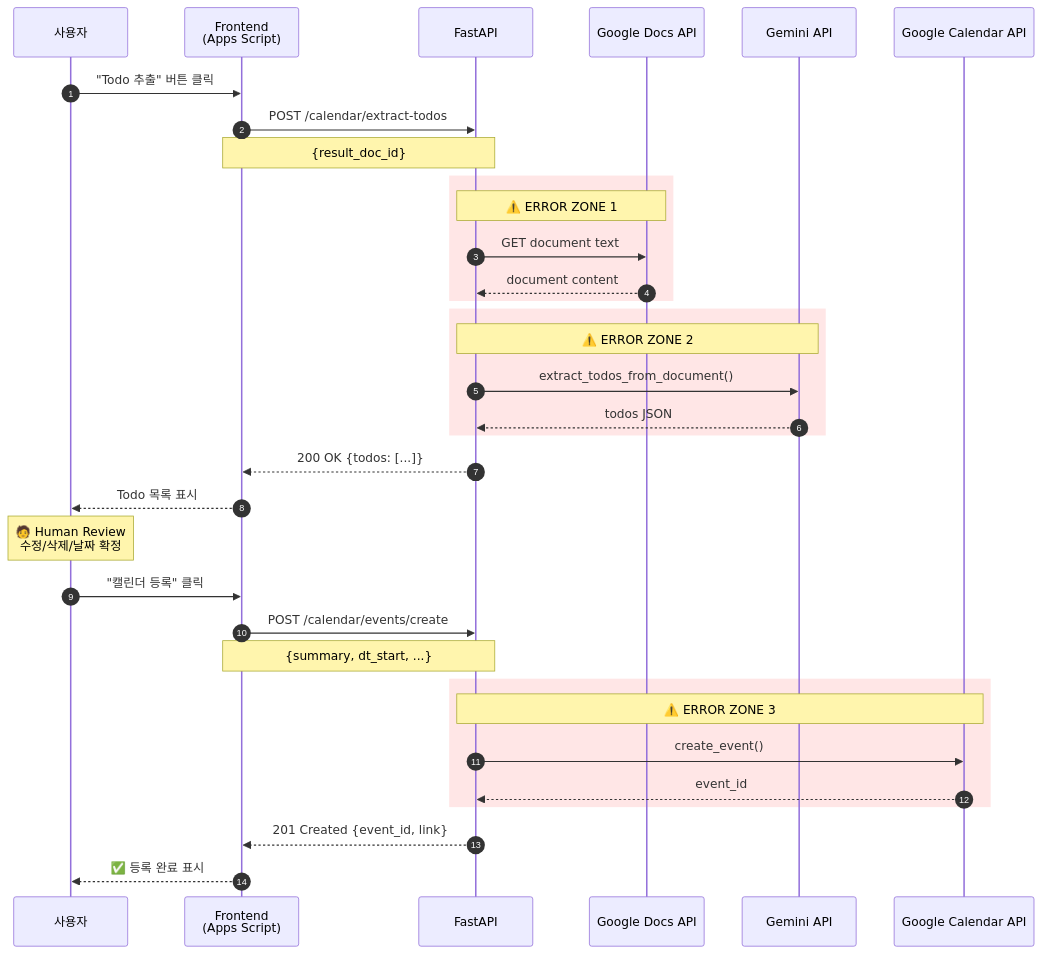
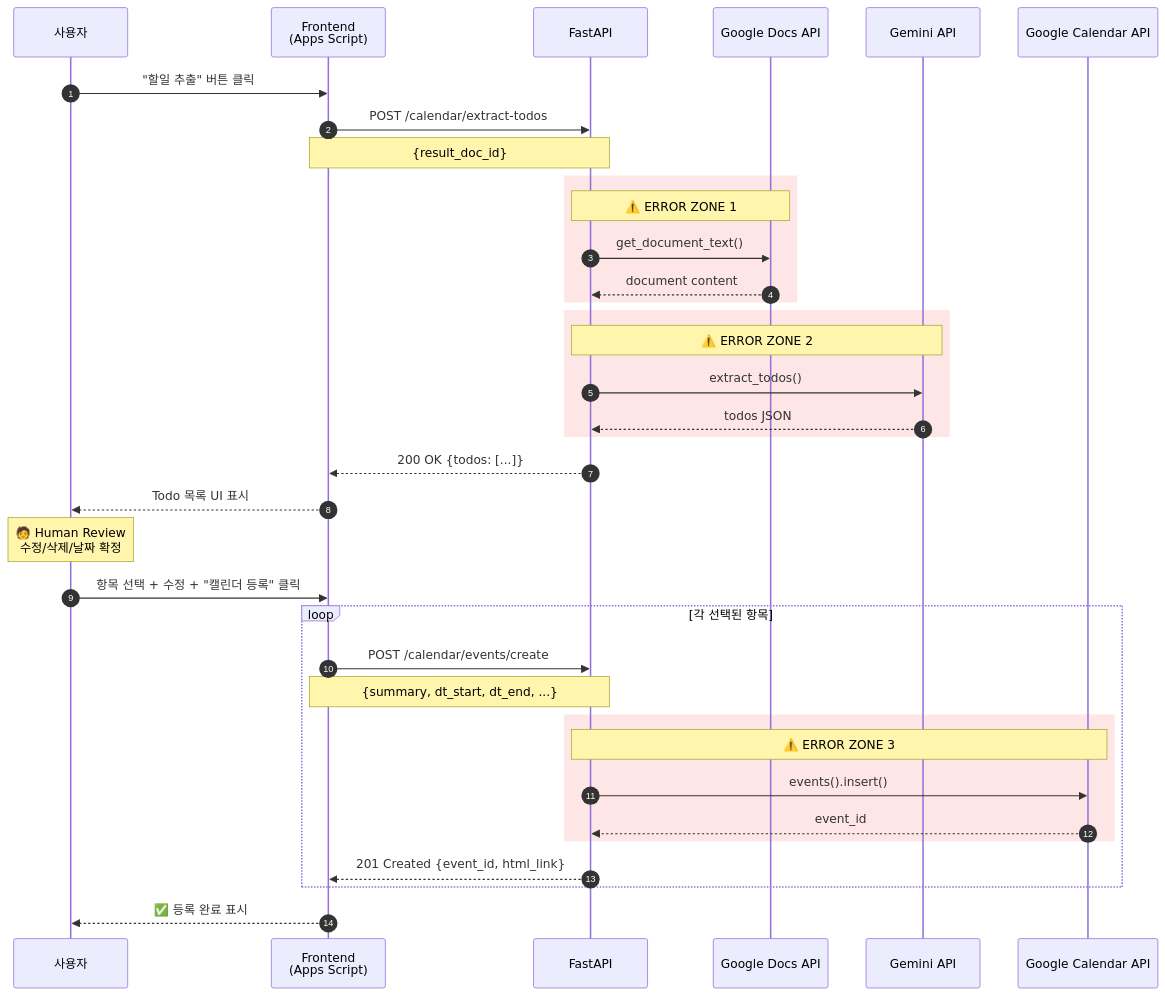
Before and after one commit to gun9212/2025Winter_4th: the second of 9 diagrams in docs/COMMUNICATION_FLOW.md, drawn with Mermaid. The commit also changed other lines of this file and 3 other files, not shown here.

Commit message:
"fix: API, DB스키마, Celery Task, 추가 기능 FLOW 마크다운 파일 최신화 반영"

````diff
--- a/docs/COMMUNICATION_FLOW.md
+++ b/docs/COMMUNICATION_FLOW.md
@@ -76,44 +106,48 @@
 ```mermaid
 sequenceDiagram
     autonumber
     participant User as 사용자
     participant FE as Frontend<br/>(Apps Script)
     participant API as FastAPI
     participant Docs as Google Docs API
     participant AI as Gemini API
     participant Cal as Google Calendar API
 
-    User->>FE: "Todo 추출" 버튼 클릭
+    User->>FE: "할일 추출" 버튼 클릭
     FE->>API: POST /calendar/extract-todos
     Note over FE,API: {result_doc_id}
-    
+
     rect rgb(255, 230, 230)
         Note over API,Docs: ⚠️ ERROR ZONE 1
-        API->>Docs: GET document text
+        API->>Docs: get_document_text()
         Docs-->>API: document content
     end
-    
+
     rect rgb(255, 230, 230)
         Note over API,AI: ⚠️ ERROR ZONE 2
-        API->>AI: extract_todos_from_document()
+        API->>AI: extract_todos()
         AI-->>API: todos JSON
     end
-    
+
     API-->>FE: 200 OK {todos: [...]}
-    FE-->>User: Todo 목록 표시
-    
+    FE-->>User: Todo 목록 UI 표시
+
     Note over User: 🧑 Human Review<br/>수정/삭제/날짜 확정
-    
-    User->>FE: "캘린더 등록" 클릭
-    FE->>API: POST /calendar/events/create
-    Note over FE,API: {summary, dt_start, ...}
-    
-    rect rgb(255, 230, 230)
-        Note over API,Cal: ⚠️ ERROR ZONE 3
-        API->>Cal: create_event()
-        Cal-->>API: event_id
+
+    User->>FE: 항목 선택 + 수정 + "캘린더 등록" 클릭
+
+    loop 각 선택된 항목
+        FE->>API: POST /calendar/events/create
+        Note over FE,API: {summary, dt_start, dt_end, ...}
+
+        rect rgb(255, 230, 230)
+            Note over API,Cal: ⚠️ ERROR ZONE 3
+            API->>Cal: events().insert()
+            Cal-->>API: event_id
+        end
+
+        API-->>FE: 201 Created {event_id, html_link}
     end
-    
-    API-->>FE: 201 Created {event_id, link}
+
     FE-->>User: ✅ 등록 완료 표시
 ```
````
